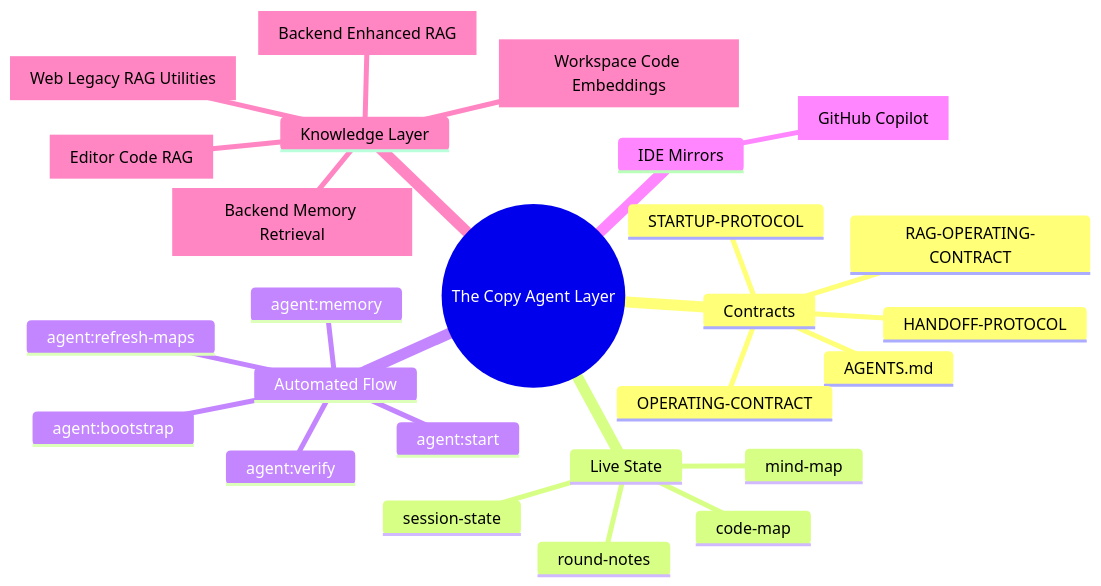
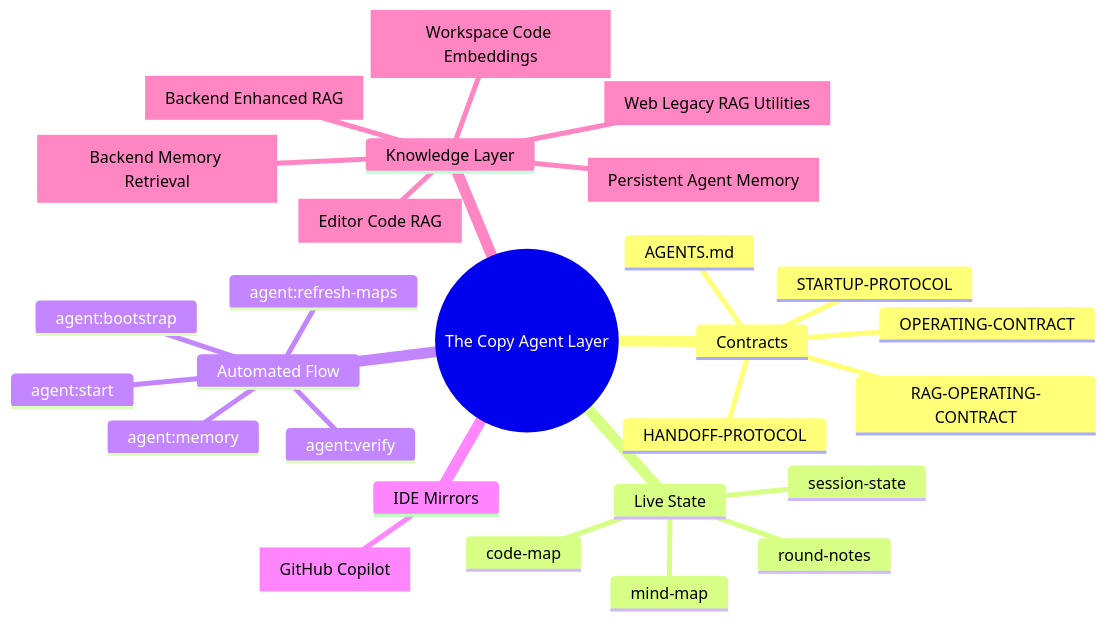
One commit to CLOCKWORK-TEMPTATION/thecopy-yarab-we-elnby changed the diagram in output/mind-map/mindmap.mmd. Above: the diagram before and after it, drawn with Mermaid. The commit also changed 17 other files, not shown here.

First line of the commit message:
chore: update context for persistent agent memory system

```diff
--- a/output/mind-map/mindmap.mmd
+++ b/output/mind-map/mindmap.mmd
@@ -1,27 +1,28 @@
 mindmap
   root((The Copy Agent Layer))
     Contracts
       AGENTS.md
       OPERATING-CONTRACT
       RAG-OPERATING-CONTRACT
       STARTUP-PROTOCOL
       HANDOFF-PROTOCOL
     Live State
       session-state
       round-notes
       code-map
       mind-map
     Automated Flow
       agent:start
       agent:bootstrap
       agent:verify
       agent:refresh-maps
       agent:memory
     IDE Mirrors
       copilot[GitHub Copilot]
     Knowledge Layer
       workspace-embeddings[Workspace Code Embeddings]
       backend-memory[Backend Memory Retrieval]
       backend-enhanced-rag[Backend Enhanced RAG]
       editor-code-rag[Editor Code RAG]
+      persistent-agent-memory[Persistent Agent Memory]
       web-legacy-rag[Web Legacy RAG Utilities]
```
